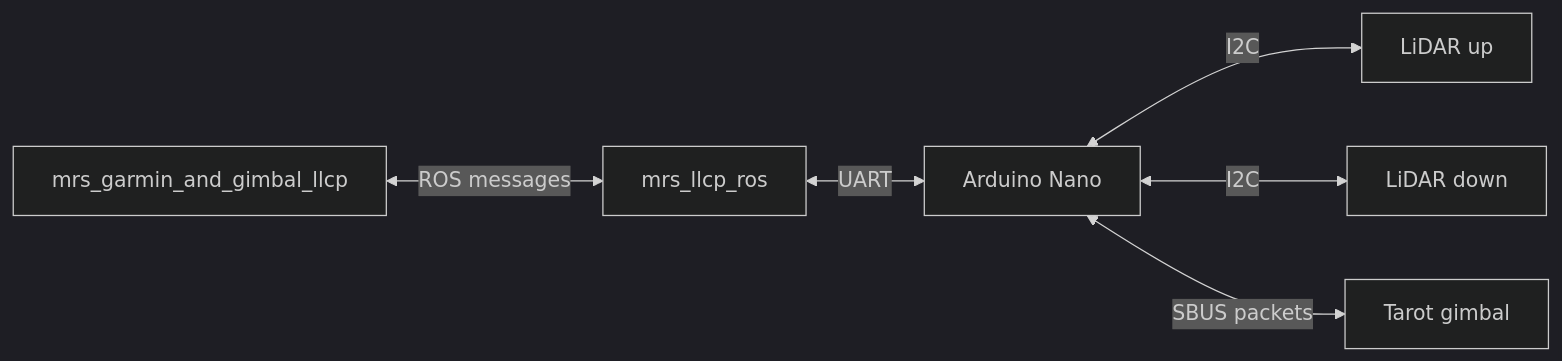
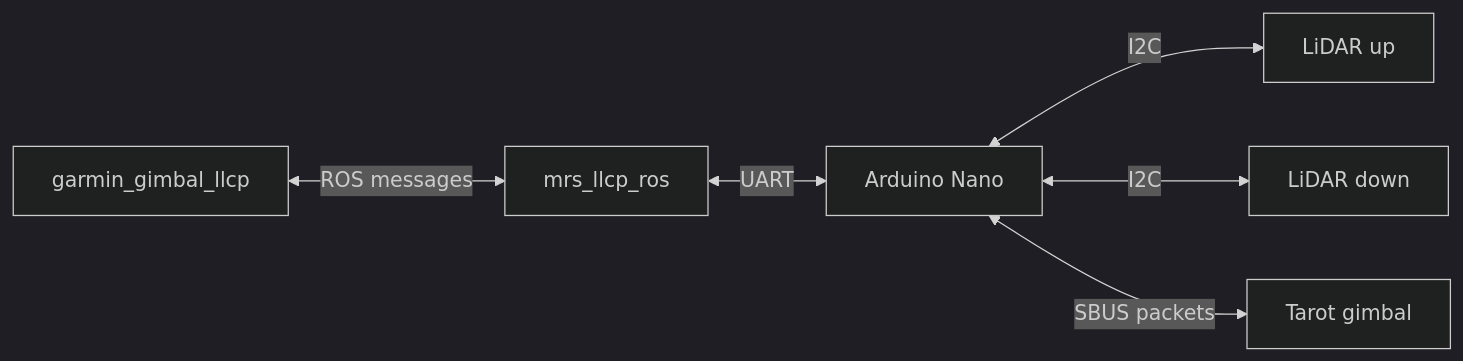
The diagram in README.md (ctu-mrs/mrs_garmin_and_gimbal_llcp), drawn with Mermaid (dark theme) before and after one commit.

````diff
--- a/README.md
+++ b/README.md
@@ -4,8 +4,8 @@
 ```mermaid
 flowchart LR
-A[mrs_garmin_and_gimbal_llcp] <-->|ROS messages| B[mrs_llcp_ros]
+A[garmin_gimbal_llcp] <-->|ROS messages| B[mrs_llcp_ros]
 B <-->|UART| C[Arduino Nano]
 C<-->|I2C|D[LiDAR up]
 C<-->|I2C|E[LiDAR down]
 C <-->|SBUS packets|F[Tarot gimbal]
 ```
````
